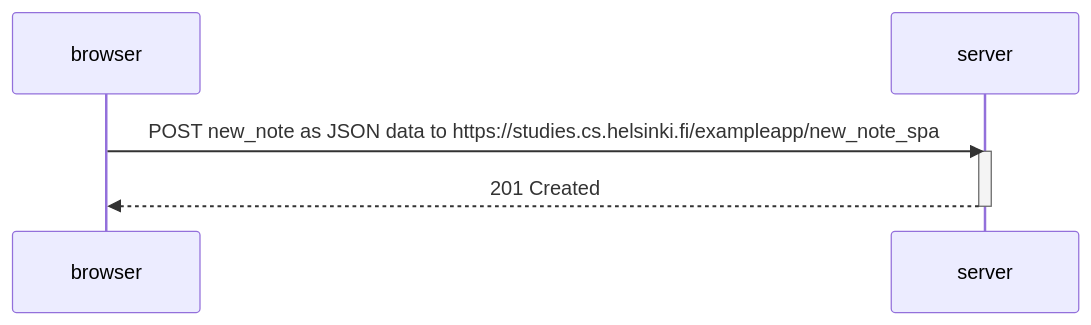
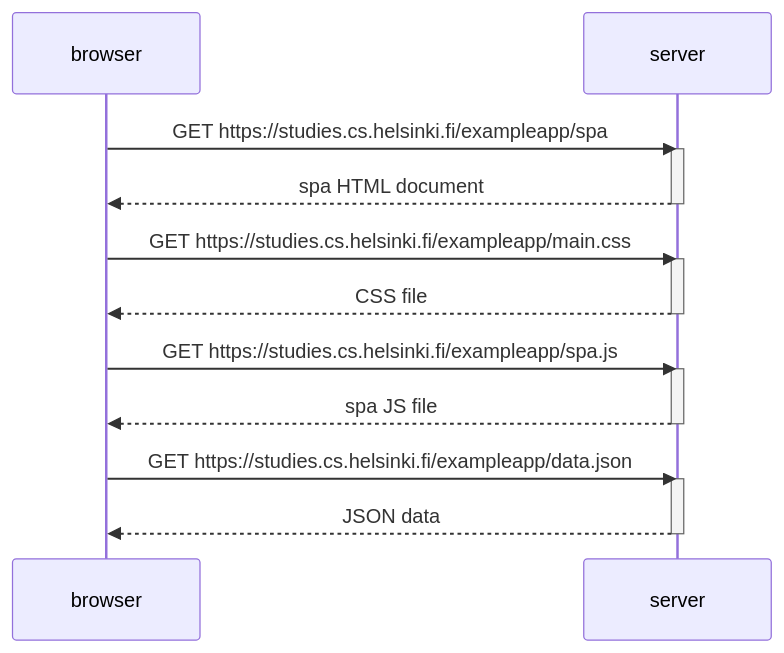
One commit to lesterc013/fullstackopen-part0 changed the diagram in ex0-5.mmd. Above: the diagram before and after it, drawn with Mermaid. The commit also changed other lines of this file, not shown here.

Commit message:
Redid Ex0.5

```diff
--- a/ex0-5.mmd
+++ b/ex0-5.mmd
@@ -1,8 +1,23 @@
 sequenceDiagram
     participant browser
     participant server
 
-    browser->>server: POST new_note as JSON data to https://studies.cs.helsinki.fi/exampleapp/new_note_spa
+    browser->>server: GET https://studies.cs.helsinki.fi/exampleapp/spa
     activate server
-    server -->>browser: 201 Created 
+    server-->>browser: spa HTML document 
     deactivate server
+
+    browser->>server: GET https://studies.cs.helsinki.fi/exampleapp/main.css
+    activate server
+    server-->>browser: CSS file
+    deactivate server
+
+    browser->>server: GET https://studies.cs.helsinki.fi/exampleapp/spa.js
+    activate server
+    server-->>browser: spa JS file
+    deactivate server
+
+    browser->>server: GET https://studies.cs.helsinki.fi/exampleapp/data.json
+    activate server
+    server-->>browser: JSON data
+    deactivate server
```
